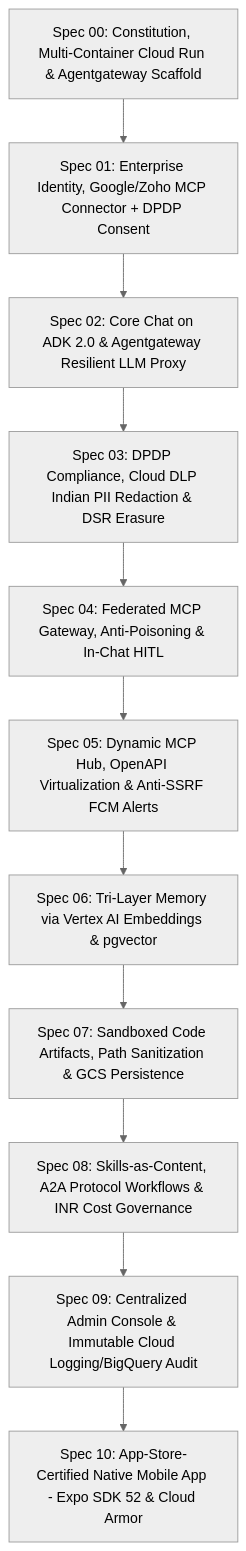
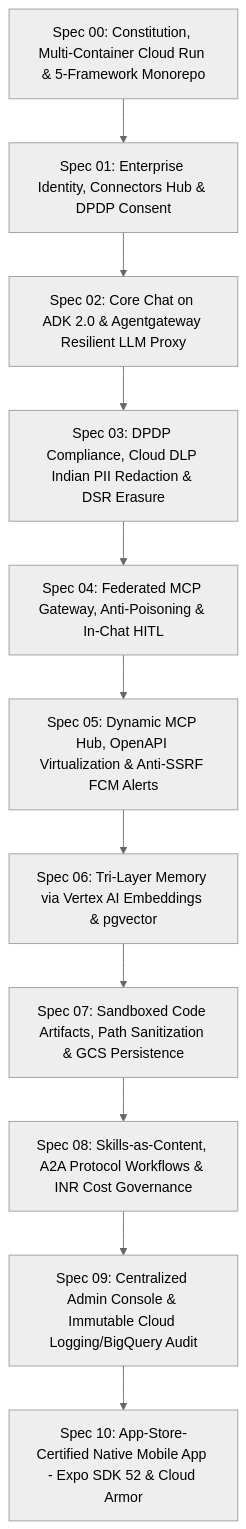
One commit to SagarMeisheri/workkbot changed the diagram in gemini-specs/README.md. Above: the diagram before and after it, drawn with Mermaid (neutral theme). The commit also changed other lines of this file and 14 other files, not shown here.

````diff
--- a/gemini-specs/README.md
+++ b/gemini-specs/README.md
@@ -46,13 +49,13 @@
 ```mermaid
 graph TD
-    S00[Spec 00: Constitution, Multi-Container Cloud Run & Agentgateway Scaffold] --> S01[Spec 01: Enterprise Identity, Google/Zoho MCP Connector + DPDP Consent]
+    S00[Spec 00: Constitution, Multi-Container Cloud Run & 5-Framework Monorepo] --> S01[Spec 01: Enterprise Identity, Connectors Hub & DPDP Consent]
     S01 --> S02[Spec 02: Core Chat on ADK 2.0 & Agentgateway Resilient LLM Proxy]
     S02 --> S03[Spec 03: DPDP Compliance, Cloud DLP Indian PII Redaction & DSR Erasure]
     S03 --> S04[Spec 04: Federated MCP Gateway, Anti-Poisoning & In-Chat HITL]
     S04 --> S05[Spec 05: Dynamic MCP Hub, OpenAPI Virtualization & Anti-SSRF FCM Alerts]
     S05 --> S06[Spec 06: Tri-Layer Memory via Vertex AI Embeddings & pgvector]
     S06 --> S07[Spec 07: Sandboxed Code Artifacts, Path Sanitization & GCS Persistence]
     S07 --> S08[Spec 08: Skills-as-Content, A2A Protocol Workflows & INR Cost Governance]
     S08 --> S09[Spec 09: Centralized Admin Console & Immutable Cloud Logging/BigQuery Audit]
     S09 --> S10[Spec 10: App-Store-Certified Native Mobile App - Expo SDK 52 & Cloud Armor]
 ```
````
